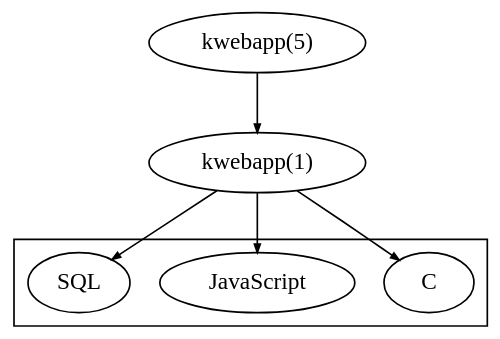
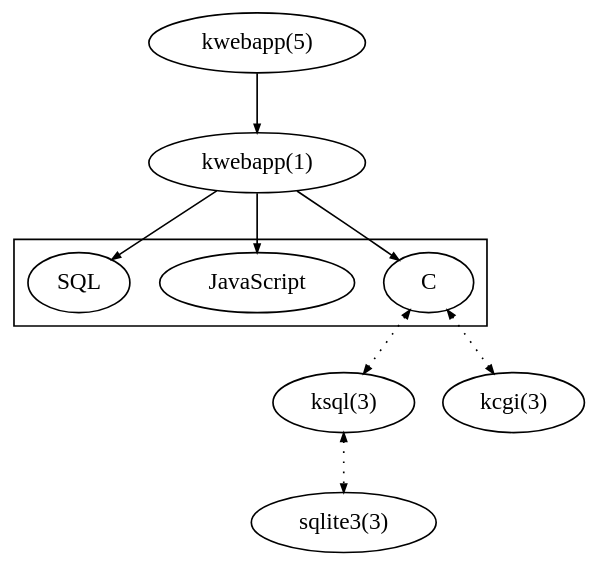
One commit to kristapsdz/openradtool changed the diagram in index.dot. Above: the diagram before and after it, drawn with Graphviz. The commit also changed 2 other files, not shown here.

```diff
--- a/index.dot
+++ b/index.dot
@@ -1,17 +1,32 @@
 digraph {
 	edge [arrowsize="0.5";];
 	bgcolor="transparent";
 
 	cfg[label="kwebapp(5)"];
 	bin[label="kwebapp(1)"];
 
+	{ rank=same; cfg; }
+	{ rank=same; bin; }
+
 	subgraph cluster0 {
+		{ rank=same; src; js; sql; }
 		src[label="C"];
 		js[label="JavaScript"];
 		sql[label="SQL"];
 	}
 	cfg -> bin;
 	bin -> src;
 	bin -> js;
 	bin -> sql;
+
+	{ rank=same; ksql; kcgi; }
+	{ rank=same; sqlite; }
+
+	kcgi[label="kcgi(3)"];
+	ksql[label="ksql(3)"];
+	sqlite[label="sqlite3(3)"];
+
+	src -> ksql[dir="both"; style="dotted"];
+	src -> kcgi[dir="both"; style="dotted"];
+	ksql -> sqlite[dir="both"; style="dotted"];
 }
```
